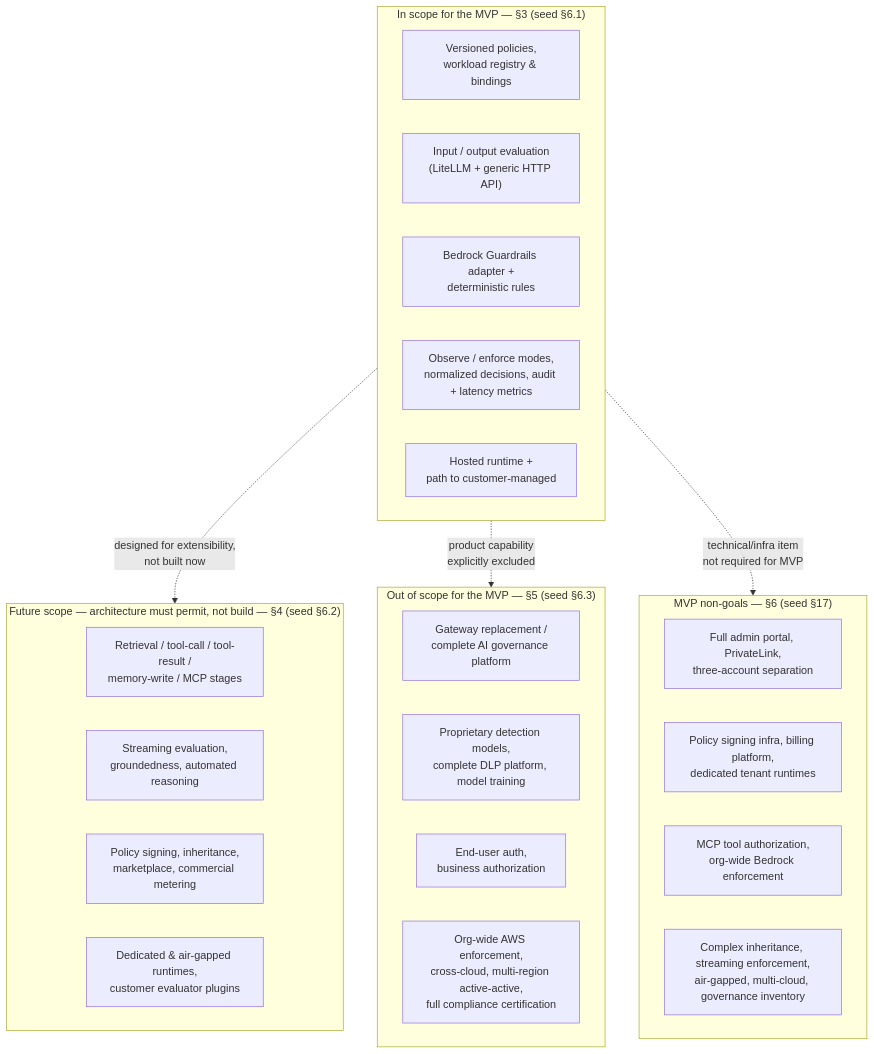
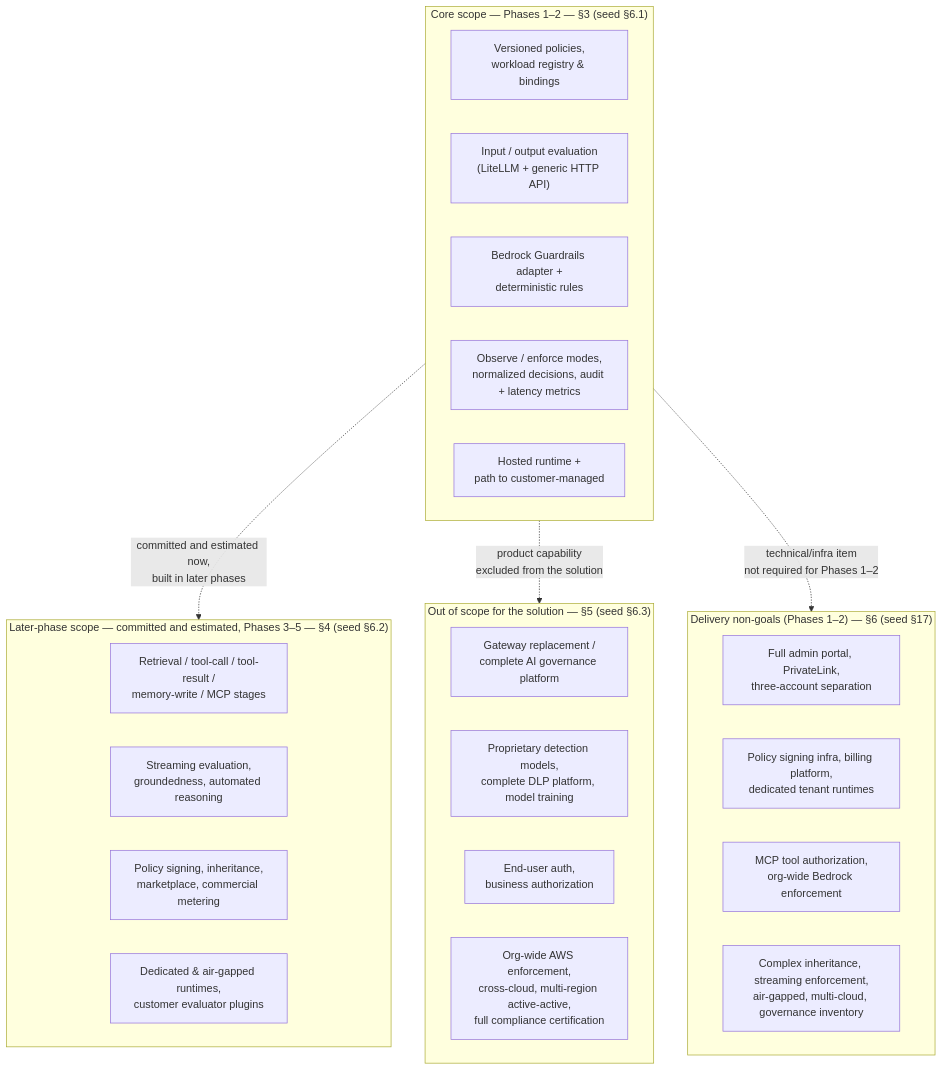
The diagram in solution-docs/10-charter/SCOPE.md (veglezMX/guardrails), drawn with Mermaid before and after one commit. The commit also changed other lines of this file and 70 other files, not shown here.

````diff
--- a/solution-docs/10-charter/SCOPE.md
+++ b/solution-docs/10-charter/SCOPE.md
@@ -47,39 +49,39 @@
 ```mermaid
 flowchart TB
-    subgraph MVP["In scope for the MVP — §3 (seed §6.1)"]
+    subgraph CORE["Core scope — Phases 1–2 — §3 (seed §6.1)"]
         direction LR
         A1["Versioned policies,\nworkload registry & bindings"]
         A2["Input / output evaluation\n(LiteLLM + generic HTTP API)"]
         A3["Bedrock Guardrails adapter +\ndeterministic rules"]
         A4["Observe / enforce modes,\nnormalized decisions, audit + latency metrics"]
         A5["Hosted runtime +\npath to customer-managed"]
     end
 
-    subgraph FUTURE["Future scope — architecture must permit, not build — §4 (seed §6.2)"]
+    subgraph LATER["Later-phase scope — committed and estimated, Phases 3–5 — §4 (seed §6.2)"]
         direction LR
         F1["Retrieval / tool-call / tool-result /\nmemory-write / MCP stages"]
         F2["Streaming evaluation,\ngroundedness, automated reasoning"]
         F3["Policy signing, inheritance,\nmarketplace, commercial metering"]
         F4["Dedicated & air-gapped runtimes,\ncustomer evaluator plugins"]
     end
 
-    subgraph OUT["Out of scope for the MVP — §5 (seed §6.3)"]
+    subgraph OUT["Out of scope for the solution — §5 (seed §6.3)"]
         direction LR
         O1["Gateway replacement /\ncomplete AI governance platform"]
         O2["Proprietary detection models,\ncomplete DLP platform, model training"]
         O3["End-user auth,\nbusiness authorization"]
         O4["Org-wide AWS enforcement,\ncross-cloud, multi-region active-active,\nfull compliance certification"]
     end
 
-    subgraph NONGOALS["MVP non-goals — §6 (seed §17)"]
+    subgraph NONGOALS["Delivery non-goals (Phases 1–2) — §6 (seed §17)"]
         direction LR
         N1["Full admin portal, PrivateLink,\nthree-account separation"]
         N2["Policy signing infra, billing platform,\ndedicated tenant runtimes"]
         N3["MCP tool authorization,\norg-wide Bedrock enforcement"]
         N4["Complex inheritance, streaming enforcement,\nair-gapped, multi-cloud, governance inventory"]
     end
 
-    MVP -. "designed for extensibility,\nnot built now" .-> FUTURE
-    MVP -. "product capability\nexplicitly excluded" .-> OUT
-    MVP -. "technical/infra item\nnot required for MVP" .-> NONGOALS
+    CORE -. "committed and estimated now,\nbuilt in later phases" .-> LATER
+    CORE -. "product capability\nexcluded from the solution" .-> OUT
+    CORE -. "technical/infra item\nnot required for Phases 1–2" .-> NONGOALS
 ```
````
